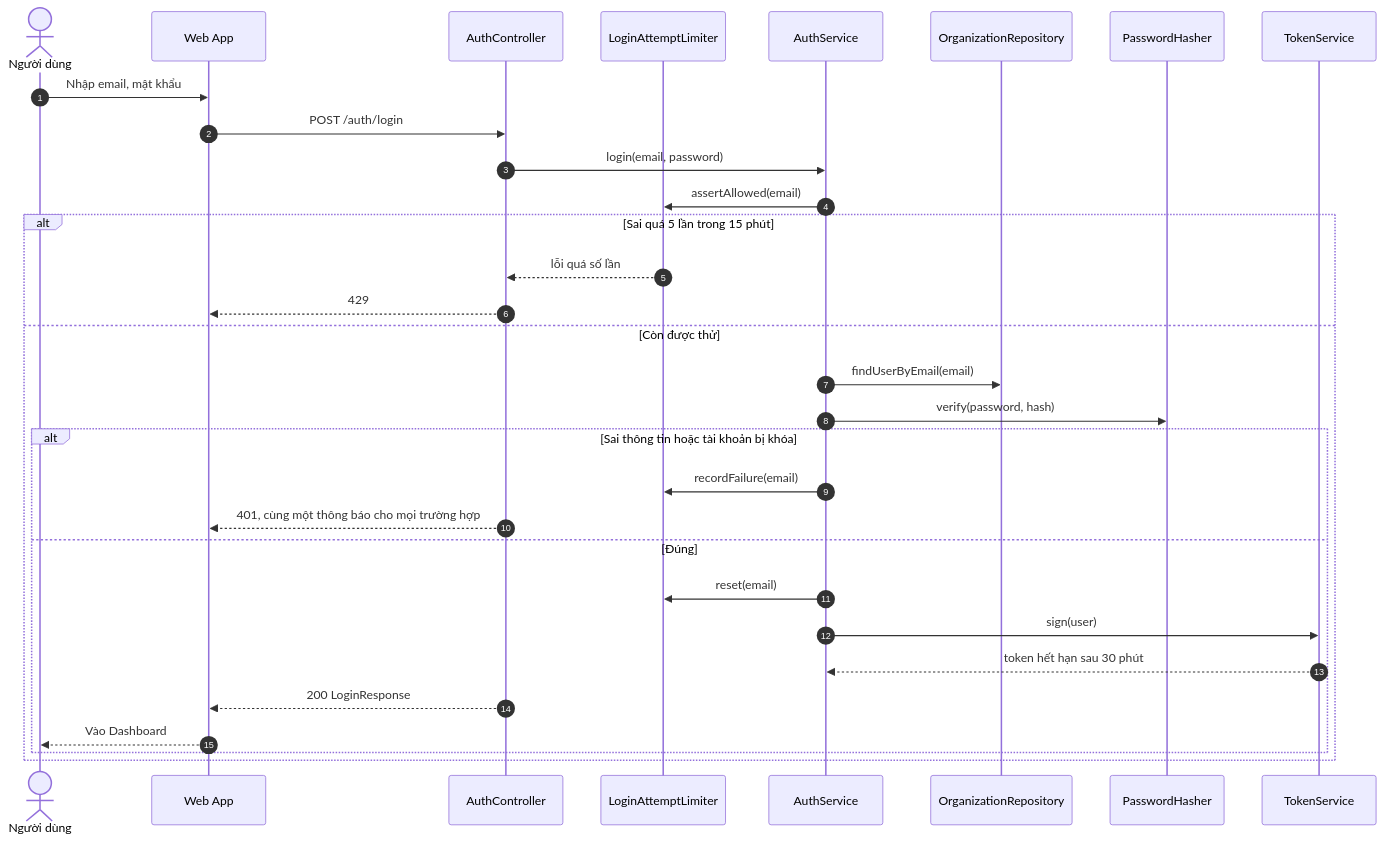
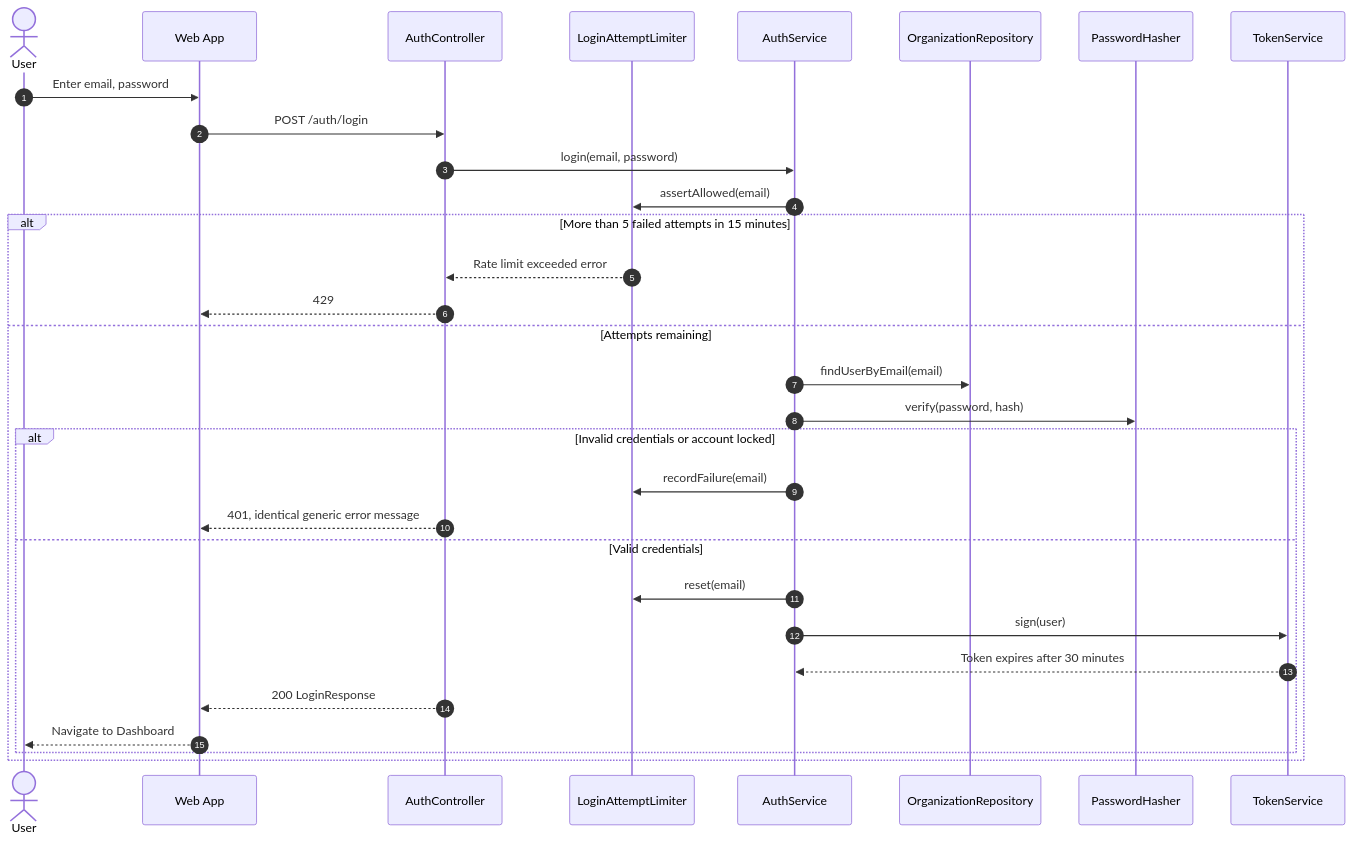
One commit to Akaza-ban/OCK-360 changed the first of 32 diagrams in docs/architecture/sequence-diagrams.md. Above: the diagram before and after it, drawn with Mermaid. The commit also changed other lines of this file and 24 other files, not shown here.

````diff
--- a/docs/architecture/sequence-diagrams.md
+++ b/docs/architecture/sequence-diagrams.md
@@ -52,34 +52,34 @@
 ```mermaid
 sequenceDiagram
     autonumber
-    actor U as Người dùng
+    actor U as User
     participant W as Web App
     participant C as AuthController
     participant L as LoginAttemptLimiter
     participant S as AuthService
     participant R as OrganizationRepository
     participant H as PasswordHasher
     participant T as TokenService
 
-    U->>W: Nhập email, mật khẩu
+    U->>W: Enter email, password
     W->>C: POST /auth/login
     C->>S: login(email, password)
     S->>L: assertAllowed(email)
-    alt Sai quá 5 lần trong 15 phút
-        L-->>C: lỗi quá số lần
+    alt More than 5 failed attempts in 15 minutes
+        L-->>C: Rate limit exceeded error
         C-->>W: 429
-    else Còn được thử
+    else Attempts remaining
         S->>R: findUserByEmail(email)
         S->>H: verify(password, hash)
-        alt Sai thông tin hoặc tài khoản bị khóa
+        alt Invalid credentials or account locked
             S->>L: recordFailure(email)
-            C-->>W: 401, cùng một thông báo cho mọi trường hợp
-        else Đúng
+            C-->>W: 401, identical generic error message
+        else Valid credentials
             S->>L: reset(email)
             S->>T: sign(user)
-            T-->>S: token hết hạn sau 30 phút
+            T-->>S: Token expires after 30 minutes
             C-->>W: 200 LoginResponse
-            W-->>U: Vào Dashboard
+            W-->>U: Navigate to Dashboard
         end
     end
 ```
````
